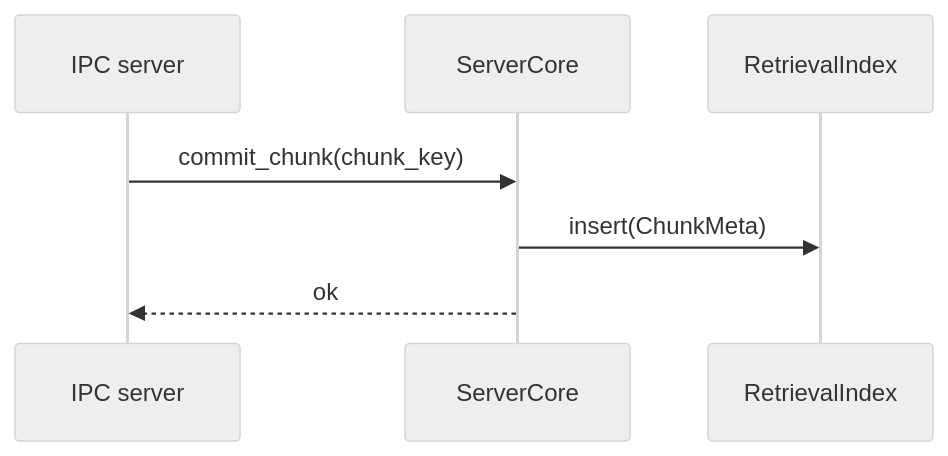
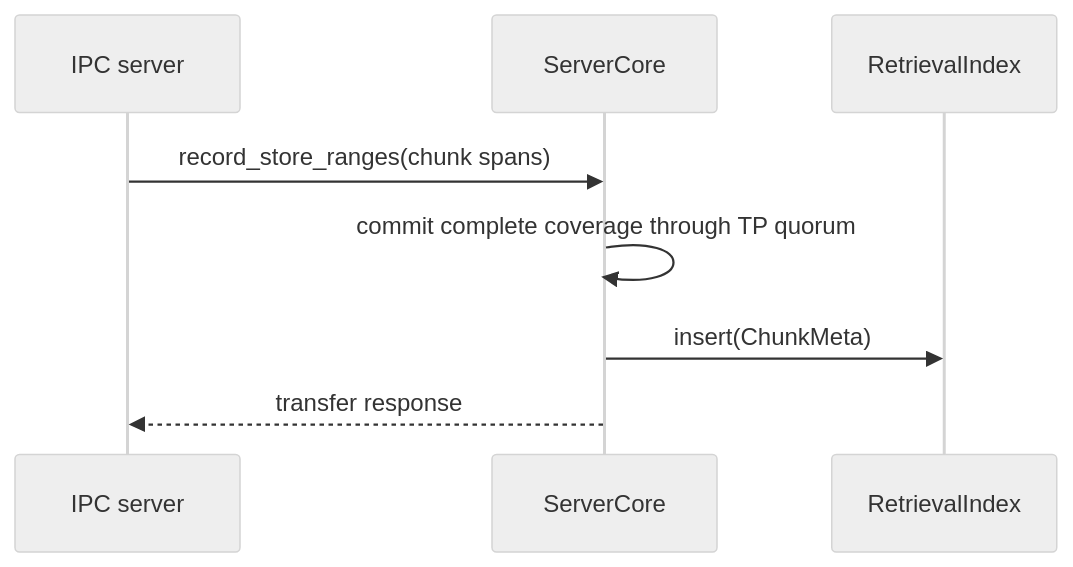
The fifth of 8 diagrams in docs/design/flows.md (GentleCold/DaseR), drawn with Mermaid (neutral theme) before and after one commit. The commit also changed other lines of this file and 28 other files, not shown here.

````diff
--- a/docs/design/flows.md
+++ b/docs/design/flows.md
@@ -139,10 +144,11 @@
 ```mermaid
 sequenceDiagram
     participant IPC as IPC server
     participant C as ServerCore
     participant RI as RetrievalIndex
 
-    IPC->>C: commit_chunk(chunk_key)
+    IPC->>C: record_store_ranges(chunk spans)
+    C->>C: commit complete coverage through TP quorum
     C->>RI: insert(ChunkMeta)
-    C-->>IPC: ok
+    C-->>IPC: transfer response
 ```
````
